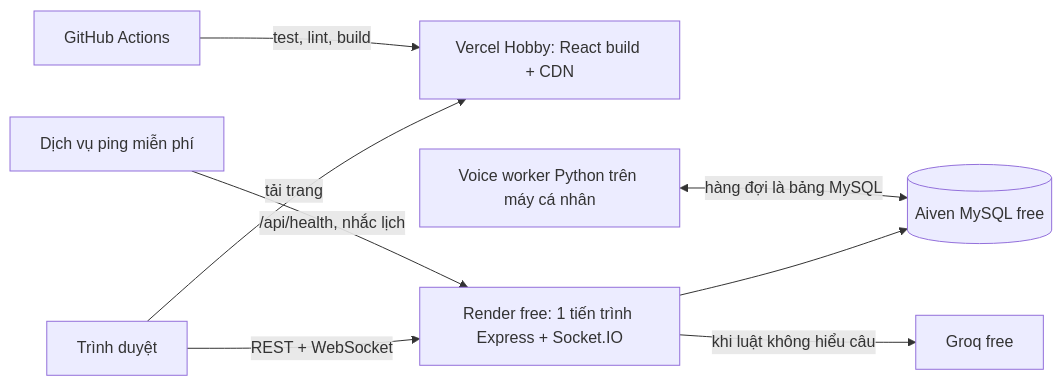
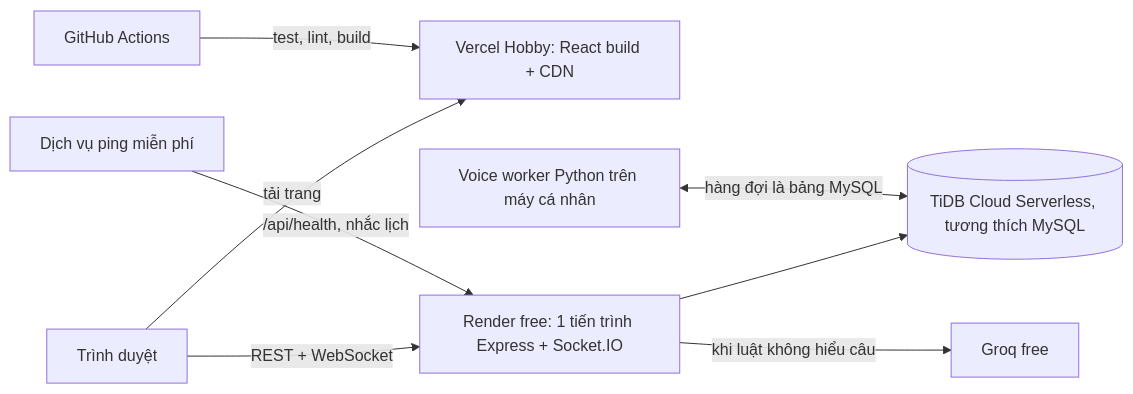
The second of 5 diagrams in docs/KE_HOACH_TONG_THE.md (DVQuyet/CAP2), drawn with Mermaid before and after one commit. The commit also changed other lines of this file and 2 other files, not shown here.

Commit message:
Docs: thứ tự làm tiếp S1–S7, chốt không hỏi trợ lý thay người khác, DB chuyển sang TiDB Cloud, số đo Groq

````diff
--- a/docs/KE_HOACH_TONG_THE.md
+++ b/docs/KE_HOACH_TONG_THE.md
@@ -292,10 +308,10 @@
 ```mermaid
 flowchart LR
   U[Trình duyệt] -->|tải trang| V[Vercel Hobby: React build + CDN]
   U -->|REST + WebSocket| API[Render free: 1 tiến trình Express + Socket.IO]
-  API --> DB[(Aiven MySQL free)]
+  API --> DB[(TiDB Cloud Serverless, tương thích MySQL)]
   API -->|khi luật không hiểu câu| G[Groq free]
   P[Dịch vụ ping miễn phí] -->|/api/health, nhắc lịch| API
   W[Voice worker Python trên máy cá nhân] <-->|hàng đợi là bảng MySQL| DB
   CI[GitHub Actions] -->|test, lint, build| V
 ```
````
